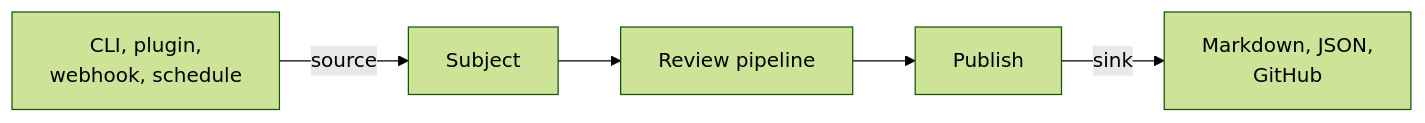
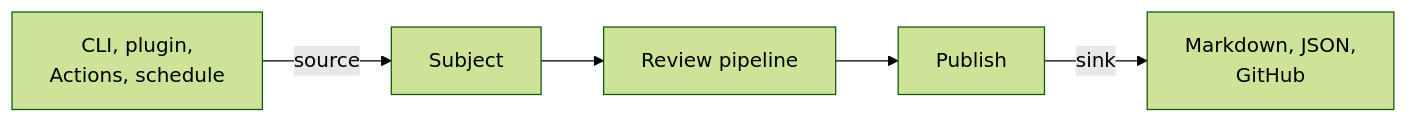
One commit to Pleasurecruise/eyeful changed the second of 2 diagrams in docs/ARCHITECTURE.md. Above: the diagram before and after it, drawn with Mermaid (forest theme). The commit also changed other lines of this file and 96 other files, not shown here.

````diff
--- a/docs/ARCHITECTURE.md
+++ b/docs/ARCHITECTURE.md
@@ -109,7 +108,7 @@
 ```mermaid
 flowchart LR
-    producers["CLI, plugin,<br/>webhook, schedule"] -->|source| subject["Subject"]
+    producers["CLI, plugin,<br/>Actions, schedule"] -->|source| subject["Subject"]
     subject --> pipeline["Review pipeline"]
     pipeline --> publish["Publish"]
     publish -->|sink| consumers["Markdown, JSON,<br/>GitHub"]
 ```
````
